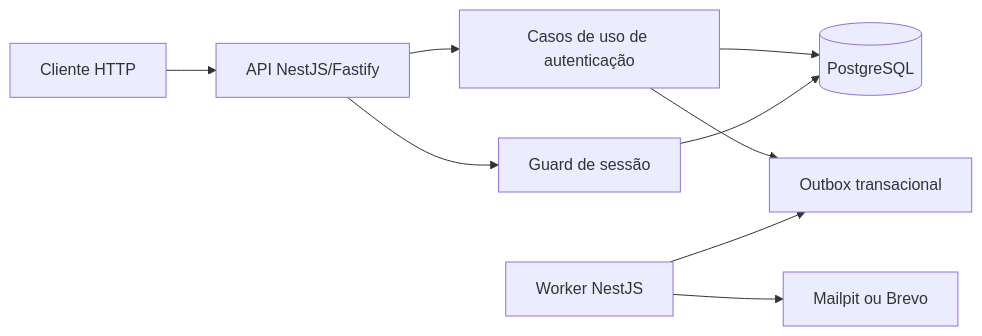
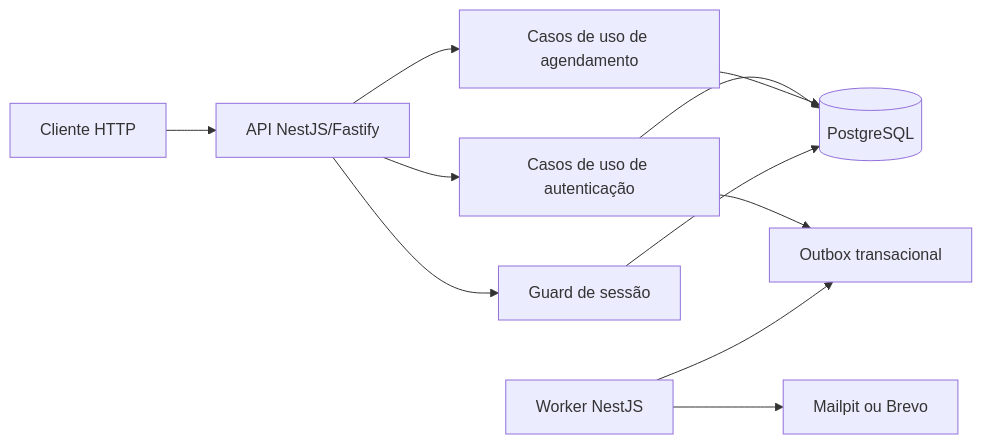
Before and after one commit to MiqueiasGFernandes/barber-calendar-api: the diagram in README.md, drawn with Mermaid. The commit also changed other lines of this file and 68 other files, not shown here.

````diff
--- a/README.md
+++ b/README.md
@@ -41,11 +49,13 @@
 ```mermaid
 flowchart LR
     Client[Cliente HTTP] --> API[API NestJS/Fastify]
     API --> Auth[Casos de uso de autenticação]
     Auth --> DB[(PostgreSQL)]
     Auth --> Outbox[Outbox transacional]
+    API --> Scheduling[Casos de uso de agendamento]
+    Scheduling --> DB
     Worker[Worker NestJS] --> Outbox
     Worker --> Email[Mailpit ou Brevo]
     API --> Guard[Guard de sessão]
     Guard --> DB
 ```
````
